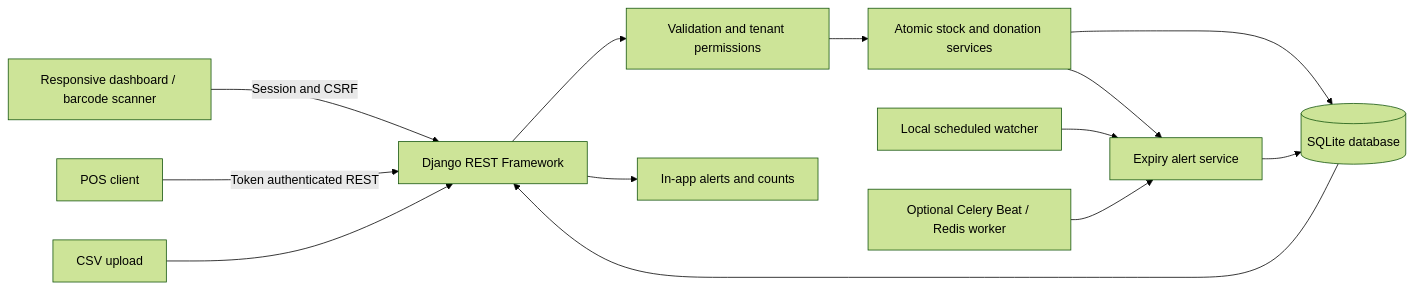
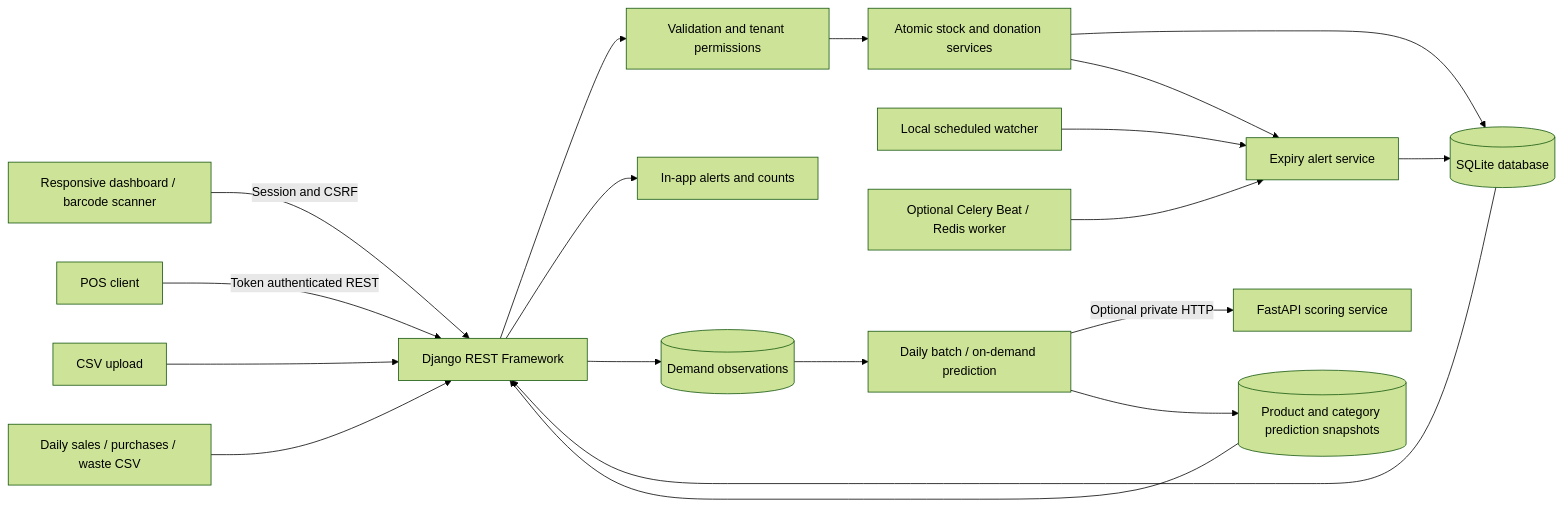
The first of 2 diagrams in docs/ARCHITECTURE.md (pilla-tharun-kumar/Food-wastage-management), drawn with Mermaid (forest theme) before and after one commit. The commit also changed other lines of this file and 52 other files, not shown here.

````diff
--- a/docs/ARCHITECTURE.md
+++ b/docs/ARCHITECTURE.md
@@ -5,15 +5,21 @@
 ```mermaid
 flowchart LR
     Browser[Responsive dashboard / barcode scanner] -->|Session and CSRF| API[Django REST Framework]
     POS[POS client] -->|Token authenticated REST| API
     CSV[CSV upload] --> API
     API --> Validation[Validation and tenant permissions]
     Validation --> Service[Atomic stock and donation services]
     Service --> DB[(SQLite database)]
     Watcher[Local scheduled watcher] --> Alerts[Expiry alert service]
     Celery[Optional Celery Beat / Redis worker] --> Alerts
     Service --> Alerts
     Alerts --> DB
     DB --> API
     API --> Notifications[In-app alerts and counts]
+    DemandCSV[Daily sales / purchases / waste CSV] --> API
+    API --> Demand[(Demand observations)]
+    Demand --> Predictor[Daily batch / on-demand prediction]
+    Predictor -->|Optional private HTTP| FastAPI[FastAPI scoring service]
+    Predictor --> Snapshots[(Product and category prediction snapshots)]
+    Snapshots --> API
 ```
````
